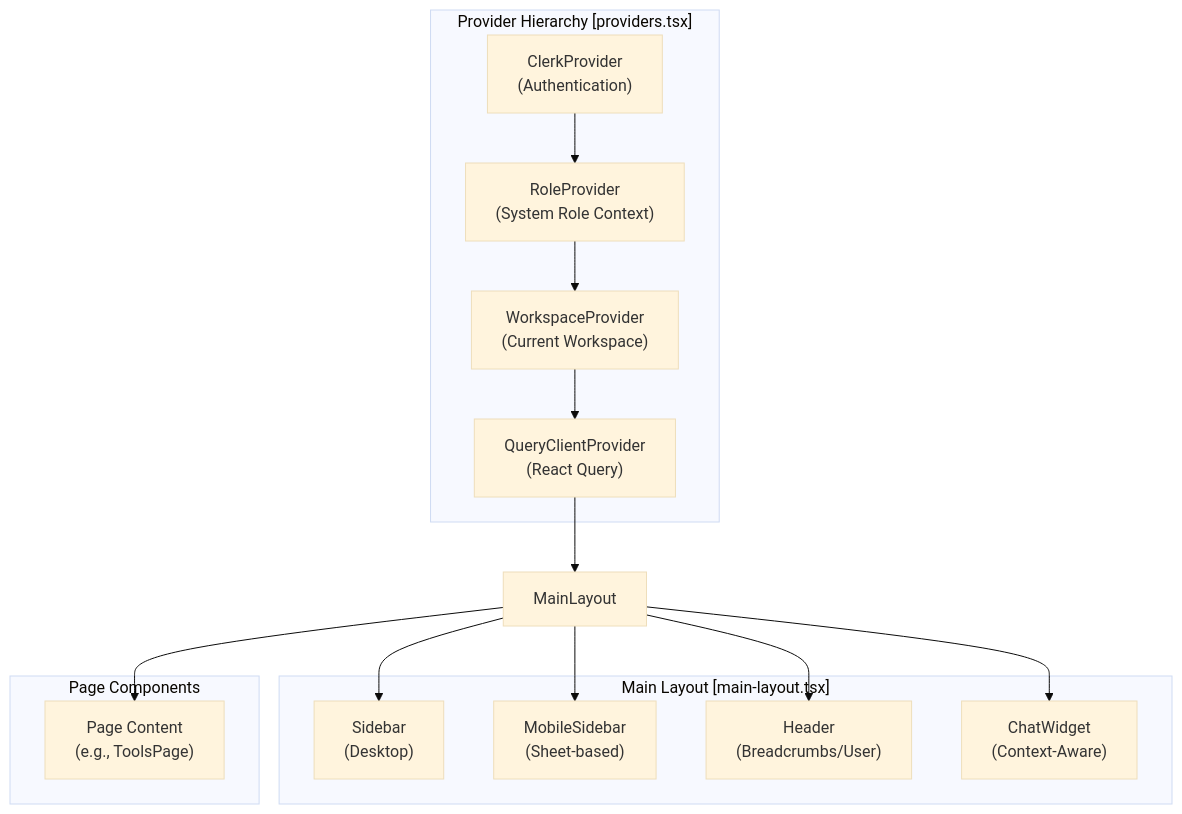
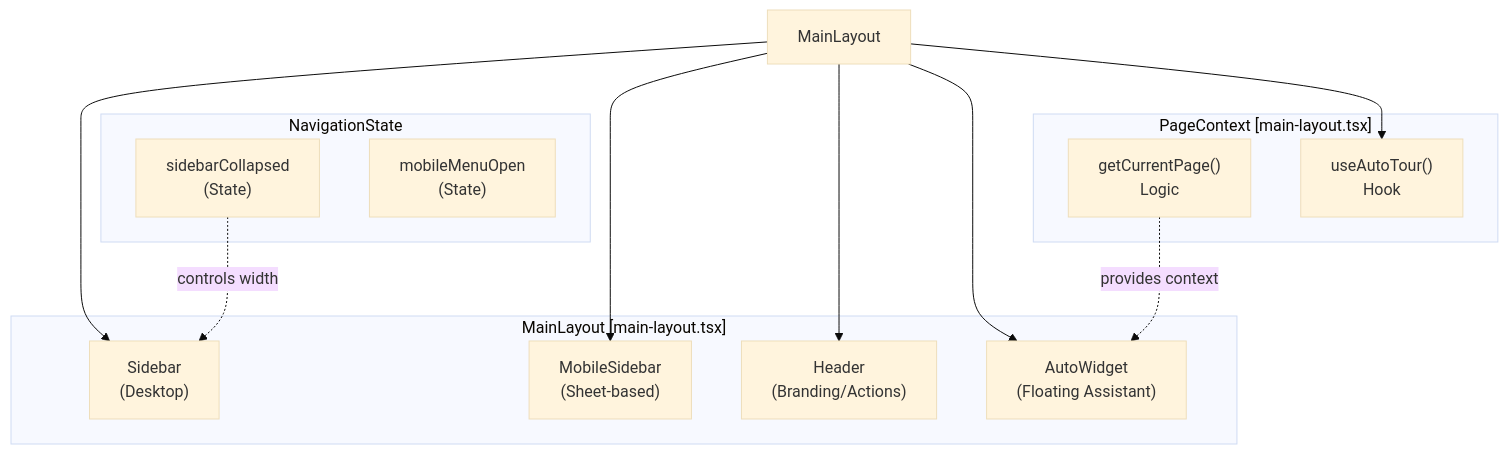
One commit to AutomatosAI/automatos-ai changed the first of 3 diagrams in docs/frontend-architecture/navigation-layout.md. Above: the diagram before and after it, drawn with Mermaid (base theme). The commit also changed other lines of this file and 153 other files, not shown here.

````diff
--- a/docs/frontend-architecture/navigation-layout.md
+++ b/docs/frontend-architecture/navigation-layout.md
@@ -37,31 +47,28 @@
 ```mermaid
 graph TB
-    subgraph "Provider Hierarchy [providers.tsx]"
-        ClerkProvider["ClerkProvider<br/>(Authentication)"]
-        RoleProvider["RoleProvider<br/>(System Role Context)"]
-        WorkspaceProvider["WorkspaceProvider<br/>(Current Workspace)"]
-        QueryClientProvider["QueryClientProvider<br/>(React Query)"]
+    subgraph "MainLayout [main-layout.tsx]"
+        SidebarComp["Sidebar<br/>(Desktop)"]
+        MobileSidebar["MobileSidebar<br/>(Sheet-based)"]
+        HeaderComp["Header<br/>(Branding/Actions)"]
+        AutoWidget["AutoWidget<br/>(Floating Assistant)"]
     end
     
-    subgraph "Main Layout [main-layout.tsx]"
-        SidebarComp["Sidebar<br/>(Desktop)"]
-        MobileSidebarComp["MobileSidebar<br/>(Sheet-based)"]
-        HeaderComp["Header<br/>(Breadcrumbs/User)"]
-        ChatWidgetComp["ChatWidget<br/>(Context-Aware)"]
+    subgraph "PageContext [main-layout.tsx]"
+        getCurrentPage["getCurrentPage()<br/>Logic"]
+        useAutoTour["useAutoTour()<br/>Hook"]
     end
     
-    subgraph "Page Components"
-        PageContent["Page Content<br/>(e.g., ToolsPage)"]
+    subgraph "NavigationState"
+        sidebarCollapsed["sidebarCollapsed<br/>(State)"]
+        mobileMenuOpen["mobileMenuOpen<br/>(State)"]
     end
+
+    MainLayout --> SidebarComp
+    MainLayout --> MobileSidebar
+    MainLayout --> HeaderComp
+    MainLayout --> AutoWidget
+    MainLayout --> useAutoTour
     
-    ClerkProvider --> RoleProvider
-    RoleProvider --> WorkspaceProvider
-    WorkspaceProvider --> QueryClientProvider
-    
-    QueryClientProvider --> MainLayout
-    MainLayout --> SidebarComp
-    MainLayout --> MobileSidebarComp
-    MainLayout --> HeaderComp
-    MainLayout --> PageContent
-    MainLayout --> ChatWidgetComp
+    getCurrentPage -.->|provides context| AutoWidget
+    sidebarCollapsed -.->|controls width| SidebarComp
 ```
````
